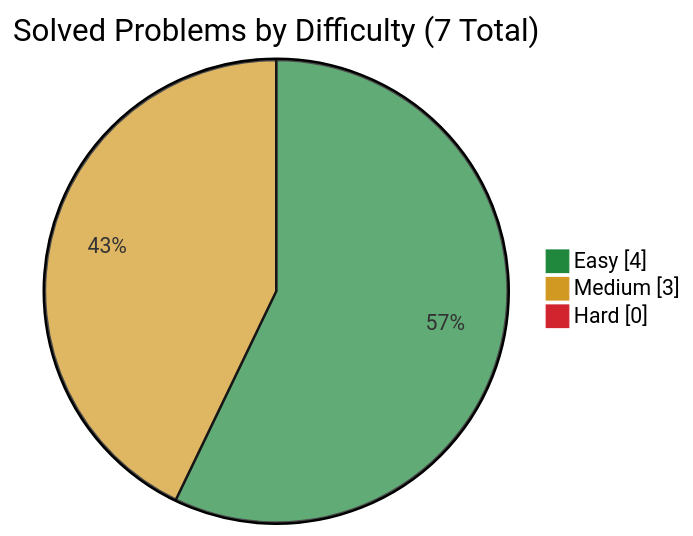
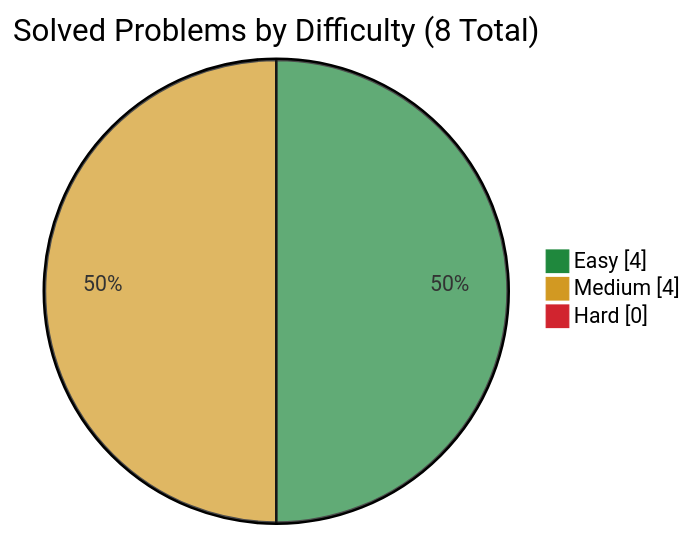
Before and after one commit to simonesiega/leetcode-solutions: the diagram in companies/amazon/README.md, drawn with Mermaid. The commit also changed other lines of this file and 8 other files, not shown here.

````diff
--- a/companies/amazon/README.md
+++ b/companies/amazon/README.md
@@ -17,8 +17,8 @@
 ```mermaid
 %%{init: {"themeVariables": {"pie1": "#1f883d", "pie2": "#d29922", "pie3": "#d1242f"}}}%%
 pie showData
-    title Solved Problems by Difficulty (7 Total)
+    title Solved Problems by Difficulty (8 Total)
     "Easy" : 4
-    "Medium" : 3
+    "Medium" : 4
     "Hard" : 0
 ```
````
